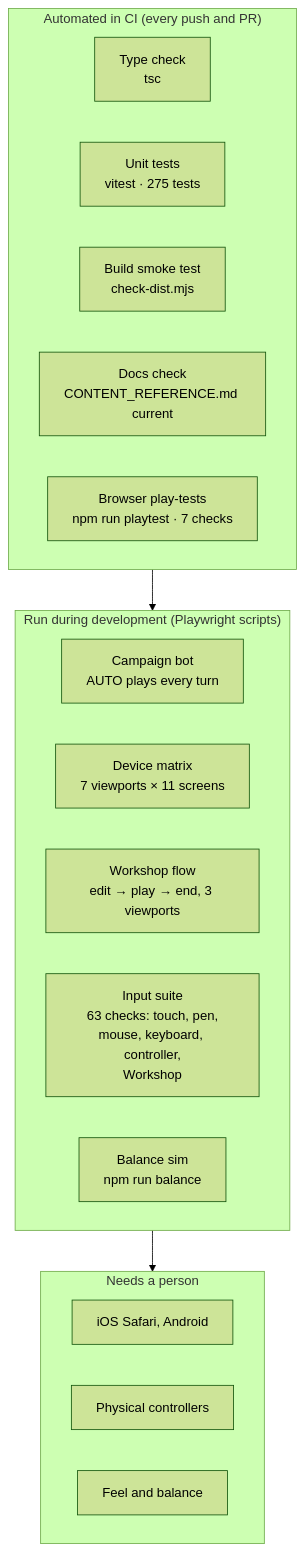
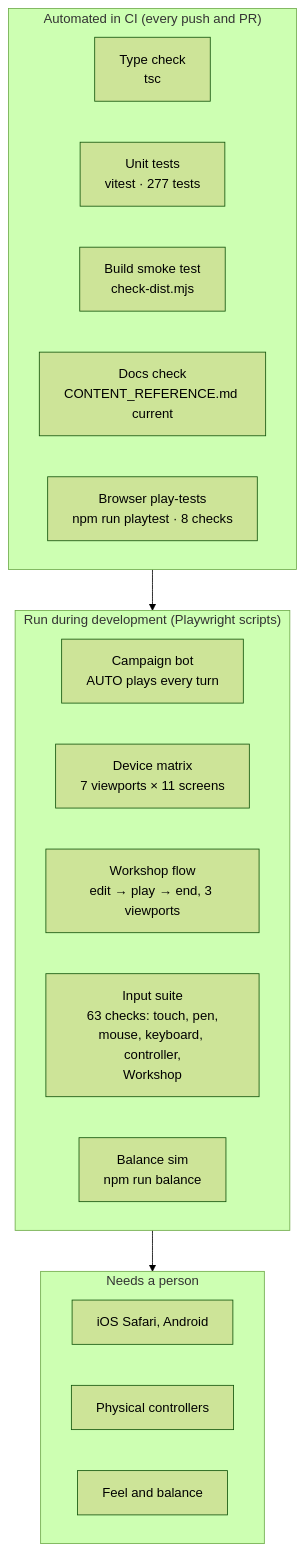
The diagram in docs/TESTING.md (CptNope/Chess-RPG-Tactics), drawn with Mermaid (forest theme) before and after one commit. The commit also changed other lines of this file and 40 other files, not shown here.

````diff
--- a/docs/TESTING.md
+++ b/docs/TESTING.md
@@ -9,23 +9,23 @@
 ```mermaid
 flowchart TB
     subgraph Auto["Automated in CI (every push and PR)"]
         T1["Type check<br/>tsc"]
-        T2["Unit tests<br/>vitest · 275 tests"]
+        T2["Unit tests<br/>vitest · 277 tests"]
         T3["Build smoke test<br/>check-dist.mjs"]
         T4["Docs check<br/>CONTENT_REFERENCE.md current"]
-        T5["Browser play-tests<br/>npm run playtest · 7 checks"]
+        T5["Browser play-tests<br/>npm run playtest · 8 checks"]
     end
     subgraph Dev["Run during development (Playwright scripts)"]
         P1["Campaign bot<br/>AUTO plays every turn"]
         P2["Device matrix<br/>7 viewports × 11 screens"]
         P4["Workshop flow<br/>edit → play → end, 3 viewports"]
         P3["Input suite<br/>63 checks: touch, pen,<br/>mouse, keyboard, controller,<br/>Workshop"]
         P5["Balance sim<br/>npm run balance"]
     end
     subgraph Human["Needs a person"]
         H1["iOS Safari, Android"]
         H2["Physical controllers"]
         H3["Feel and balance"]
     end
     Auto --> Dev --> Human
 ```
````
